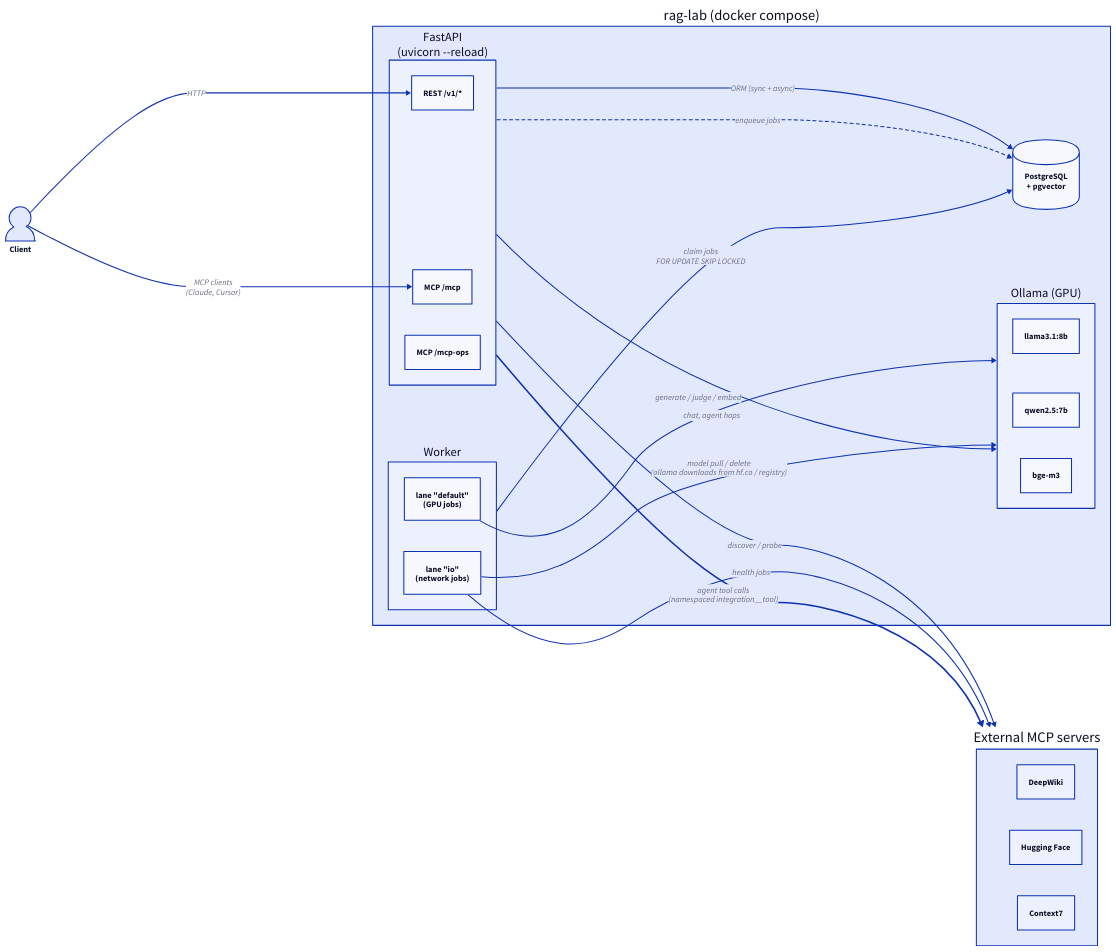
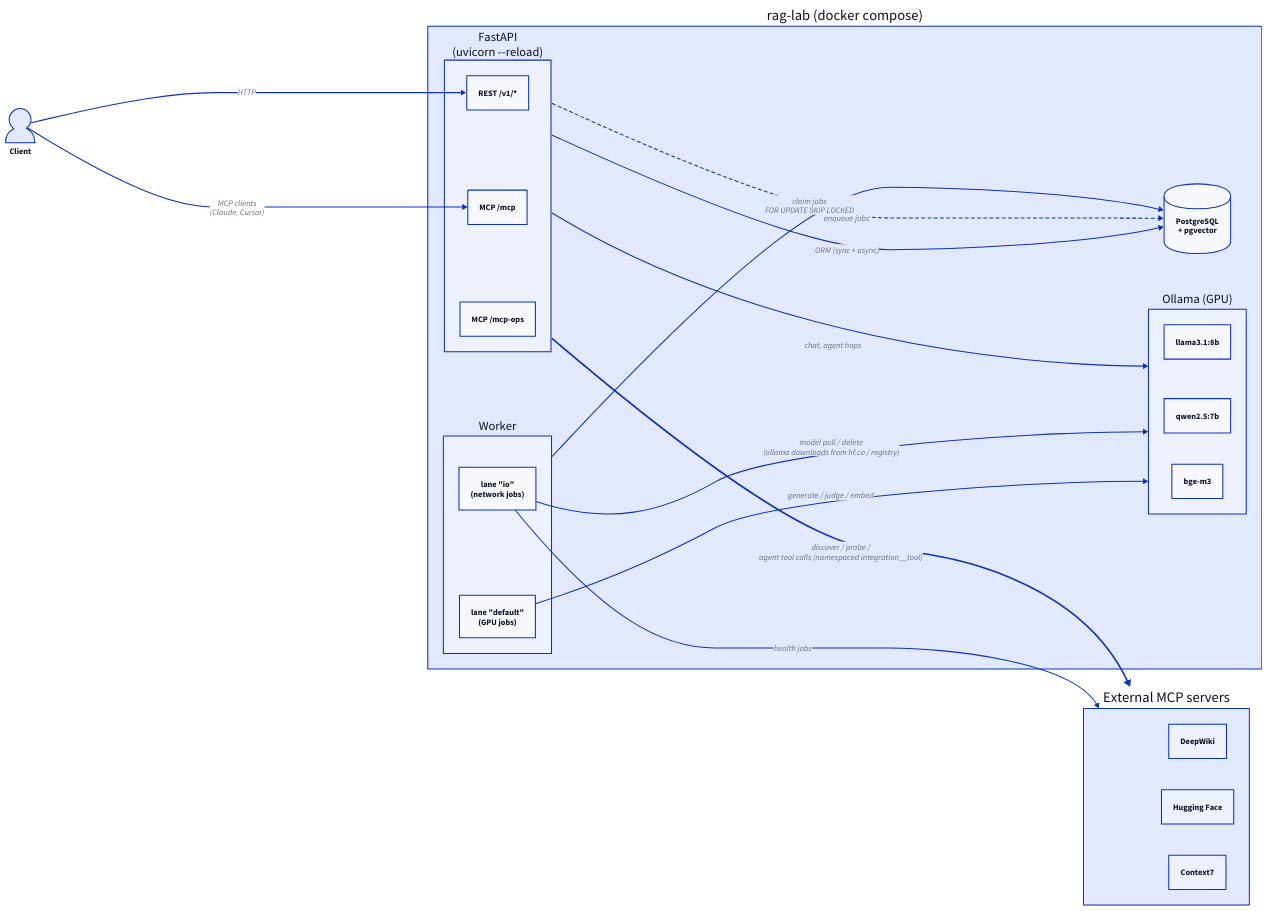
One commit to rikitikitav1/rag-lab changed the diagram in docs/diagrams/architecture.d2. Above: the diagram before and after it, drawn with D2. The commit also changed 15 other files, not shown here.

First line of the commit message:
Document the arms, the flow and what the port cost

```diff
--- a/docs/diagrams/architecture.d2
+++ b/docs/diagrams/architecture.d2
@@ -1,51 +1,50 @@
 direction: right
 
 client: Client {
   shape: person
 }
 
 lab: rag-lab (docker compose) {
   api: FastAPI\n(uvicorn --reload) {
     rest: REST /v1/*
     mcp: MCP /mcp
     ops: MCP /mcp-ops
   }
 
   worker: Worker {
     default: lane "default"\n(GPU jobs)
     io: lane "io"\n(network jobs)
   }
 
   postgres: PostgreSQL\n+ pgvector {
     shape: cylinder
   }
 
   ollama: Ollama (GPU) {
     gen: llama3.1:8b
     judge: qwen2.5:7b
     embed: bge-m3
   }
 }
 
 external: External MCP servers {
   deepwiki: DeepWiki
   hf: Hugging Face
   context7: Context7
 }
 
 client -> lab.api.rest: HTTP
 client -> lab.api.mcp: MCP clients\n(Claude, Cursor)
 
 lab.api -> lab.postgres: ORM (sync + async)
 lab.api -> lab.postgres: enqueue jobs {style.stroke-dash: 3}
 lab.worker -> lab.postgres: claim jobs\nFOR UPDATE SKIP LOCKED
 
 lab.worker.default -> lab.ollama: generate / judge / embed
 lab.worker.io -> lab.ollama: model pull / delete\n(ollama downloads from hf.co / registry)
 lab.api -> lab.ollama: chat, agent hops
 
-lab.api -> external: discover / probe
 lab.worker.io -> external: health jobs
-lab.api -> external: agent tool calls\n(namespaced integration__tool) {
+lab.api -> external: discover / probe /\nagent tool calls (namespaced integration__tool) {
   style.stroke-width: 3
 }
```
